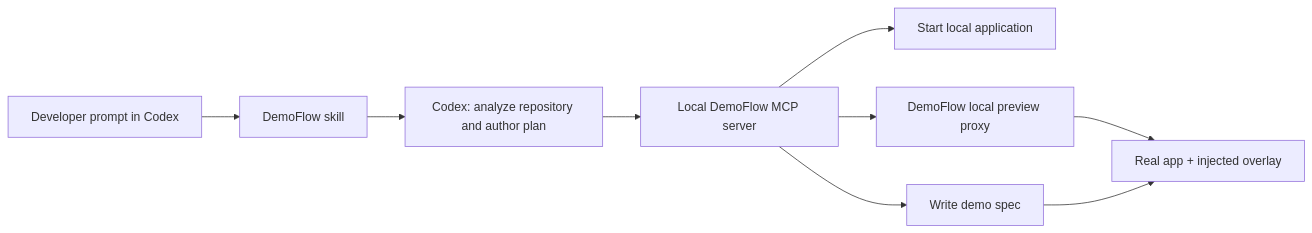
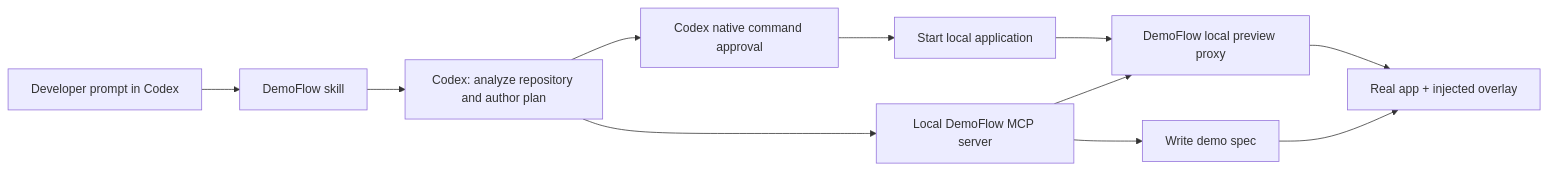
Before and after one commit to blacktomang/demoflow: the diagram in PRD.md, drawn with Mermaid. The commit also changed other lines of this file and 2 other files, not shown here.

Commit message:
Design native approval handoff for app startup

````diff
--- a/PRD.md
+++ b/PRD.md
@@ -146,11 +147,13 @@
 ```mermaid
 flowchart LR
   U["Developer prompt in Codex"] --> S["DemoFlow skill"]
   S --> C["Codex: analyze repository and author plan"]
+  C --> K["Codex native command approval"]
+  K --> A["Start local application"]
   C --> M["Local DemoFlow MCP server"]
-  M --> A["Start local application"]
   M --> P["DemoFlow local preview proxy"]
+  A --> P
   P --> O["Real app + injected overlay"]
   M --> E["Write demo spec"]
   E --> O
 ```
````
